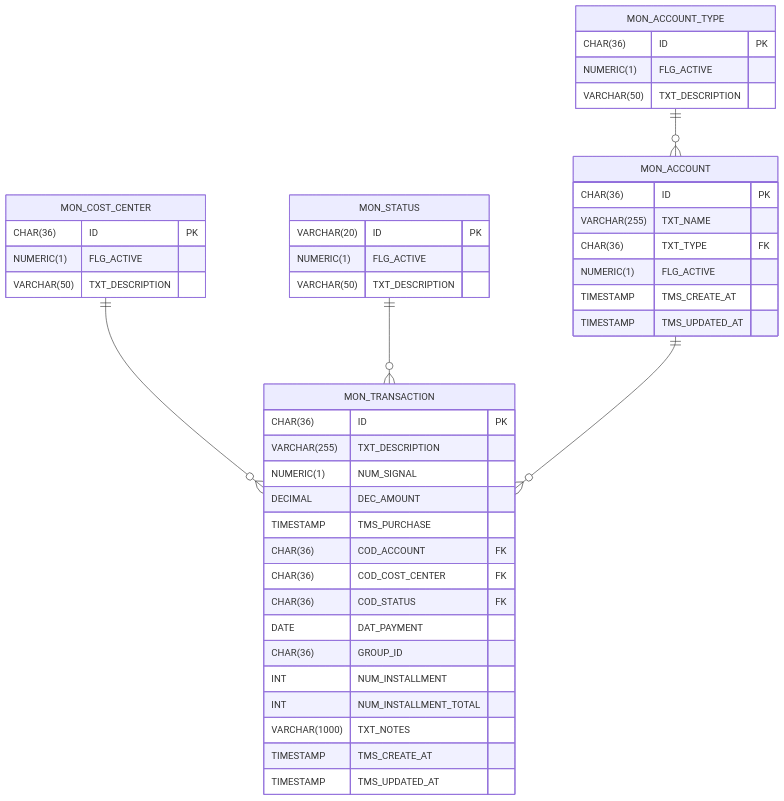
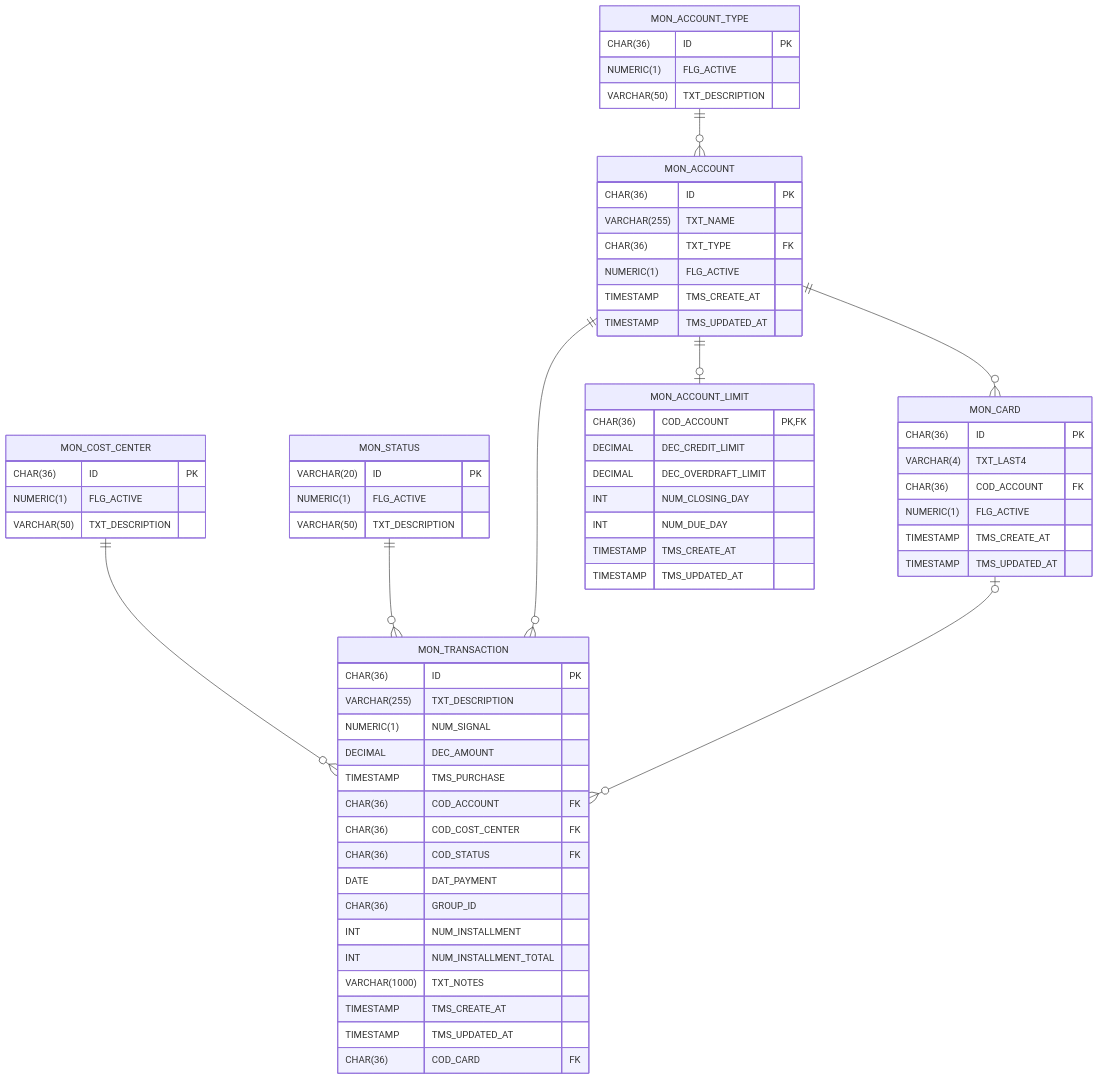
The diagram in docs/db-ctx-monetary.mermaid (bkaraujo/cdb-judas), drawn with Mermaid before and after one commit. The commit also changed 59 other files, not shown here.

First line of the commit message:
feat(monetary): promote credit card to a first-class context entity

```diff
--- a/docs/db-ctx-monetary.mermaid
+++ b/docs/db-ctx-monetary.mermaid
@@ -1,55 +1,82 @@
 erDiagram
 
 %% CHECKING, SAVINGS
     MON_ACCOUNT_TYPE {
         CHAR(36) ID PK
         NUMERIC(1) FLG_ACTIVE
         VARCHAR(50) TXT_DESCRIPTION
     }
 
     MON_ACCOUNT {
         CHAR(36) ID PK
         VARCHAR(255) TXT_NAME
         CHAR(36) TXT_TYPE FK
         NUMERIC(1) FLG_ACTIVE
         TIMESTAMP TMS_CREATE_AT
         TIMESTAMP TMS_UPDATED_AT
     }
 
     MON_ACCOUNT_TYPE ||--o{ MON_ACCOUNT : ""
 
 %% SCHEDULED, CONFIRMED, PENDING
     MON_STATUS {
         VARCHAR(20) ID PK
         NUMERIC(1) FLG_ACTIVE
         VARCHAR(50) TXT_DESCRIPTION
     }
 
 %% FIXED, VARIABLE
     MON_COST_CENTER {
         CHAR(36) ID PK
         NUMERIC(1) FLG_ACTIVE
         VARCHAR(50) TXT_DESCRIPTION
     }
 
     MON_TRANSACTION {
         CHAR(36) ID PK
         VARCHAR(255) TXT_DESCRIPTION
         NUMERIC(1) NUM_SIGNAL
         DECIMAL DEC_AMOUNT
         TIMESTAMP TMS_PURCHASE
         CHAR(36) COD_ACCOUNT FK
         CHAR(36) COD_COST_CENTER FK
         CHAR(36) COD_STATUS FK
         DATE DAT_PAYMENT
         CHAR(36) GROUP_ID
         INT NUM_INSTALLMENT
         INT NUM_INSTALLMENT_TOTAL
         VARCHAR(1000) TXT_NOTES
         TIMESTAMP TMS_CREATE_AT
         TIMESTAMP TMS_UPDATED_AT
+        CHAR(36) COD_CARD FK
     }
 
     MON_COST_CENTER ||--o{ MON_TRANSACTION : ""
     MON_STATUS ||--o{ MON_TRANSACTION : ""
     MON_ACCOUNT ||--o{ MON_TRANSACTION : ""
+
+%% Cartão é identificado só pelo last4; vinculado a uma conta real
+    MON_CARD {
+        CHAR(36) ID PK
+        VARCHAR(4) TXT_LAST4
+        CHAR(36) COD_ACCOUNT FK
+        NUMERIC(1) FLG_ACTIVE
+        TIMESTAMP TMS_CREATE_AT
+        TIMESTAMP TMS_UPDATED_AT
+    }
+
+    MON_ACCOUNT ||--o{ MON_CARD : ""
+    MON_CARD |o--o{ MON_TRANSACTION : ""
+
+%% Linha única por conta; todos os cartões da conta compartilham o limite
+    MON_ACCOUNT_LIMIT {
+        CHAR(36) COD_ACCOUNT PK, FK
+        DECIMAL DEC_CREDIT_LIMIT
+        DECIMAL DEC_OVERDRAFT_LIMIT
+        INT NUM_CLOSING_DAY
+        INT NUM_DUE_DAY
+        TIMESTAMP TMS_CREATE_AT
+        TIMESTAMP TMS_UPDATED_AT
+    }
+
+    MON_ACCOUNT ||--o| MON_ACCOUNT_LIMIT : ""
```
